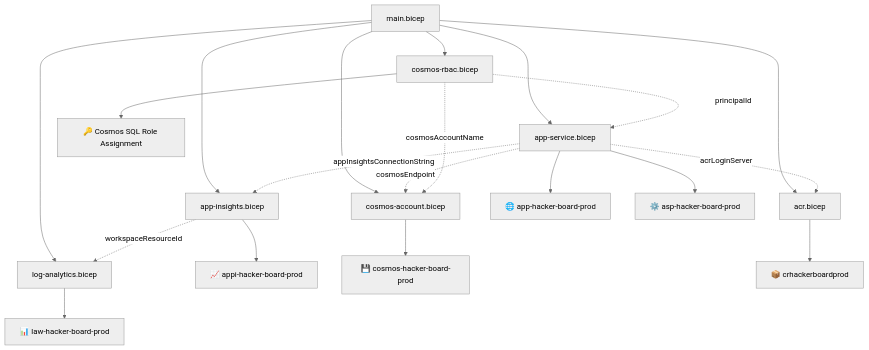
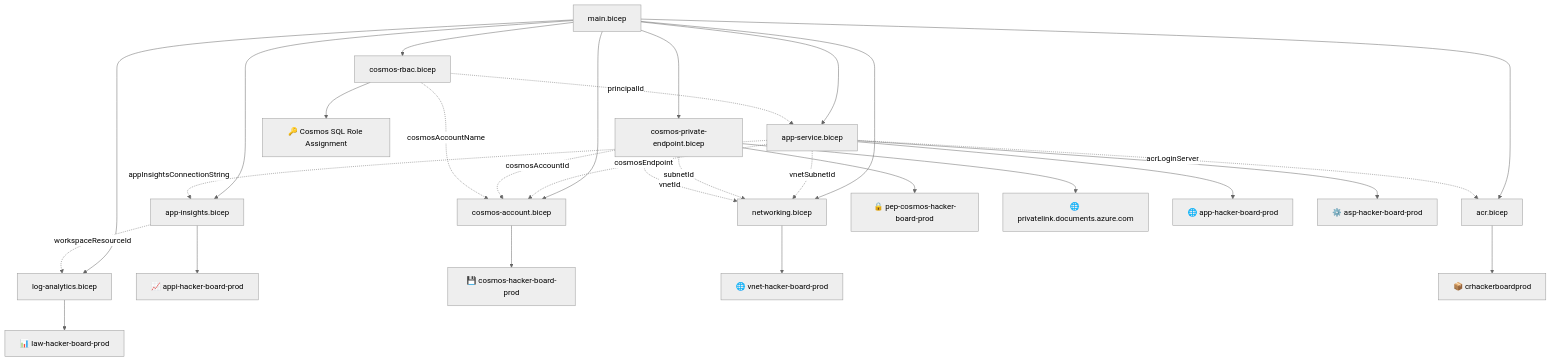
Before and after one commit to jonathan-vella/hacker-board: the diagram in agent-output/hacker-board/05-implementation-reference.md, drawn with Mermaid. The commit also changed other lines of this file and 28 other files, not shown here.

First line of the commit message:
feat: add Bicep modules for Cosmos DB private endpoint and networking

````diff
--- a/agent-output/hacker-board/05-implementation-reference.md
+++ b/agent-output/hacker-board/05-implementation-reference.md
@@ -72,23 +77,32 @@
 ```mermaid
 %%{init: {'theme':'neutral'}}%%
 graph TD
     MAIN["main.bicep"] --> LA["log-analytics.bicep"]
     MAIN --> AI["app-insights.bicep"]
     MAIN --> COSMOS["cosmos-account.bicep"]
+    MAIN --> NET["networking.bicep"]
+    MAIN --> PE["cosmos-private-endpoint.bicep"]
     MAIN --> ACR["acr.bicep"]
     MAIN --> APP["app-service.bicep"]
     MAIN --> RBAC["cosmos-rbac.bicep"]
     LA --> R1["📊 law-hacker-board-prod"]
     AI --> R2["📈 appi-hacker-board-prod"]
     COSMOS --> R3["💾 cosmos-hacker-board-prod"]
+    NET --> R7["🌐 vnet-hacker-board-prod"]
+    PE --> R8["🔒 pep-cosmos-hacker-board-prod"]
+    PE --> R9["🌐 privatelink.documents.azure.com"]
     ACR --> R4["📦 crhackerboardprod"]
     APP --> R5["🌐 app-hacker-board-prod"]
     APP --> R5b["⚙️ asp-hacker-board-prod"]
     RBAC --> R6["🔑 Cosmos SQL Role Assignment"]
     AI -.->|workspaceResourceId| LA
     APP -.->|cosmosEndpoint| COSMOS
     APP -.->|appInsightsConnectionString| AI
     APP -.->|acrLoginServer| ACR
+    APP -.->|vnetSubnetId| NET
+    PE -.->|subnetId| NET
+    PE -.->|cosmosAccountId| COSMOS
+    PE -.->|vnetId| NET
     RBAC -.->|principalId| APP
     RBAC -.->|cosmosAccountName| COSMOS
 ```
````
